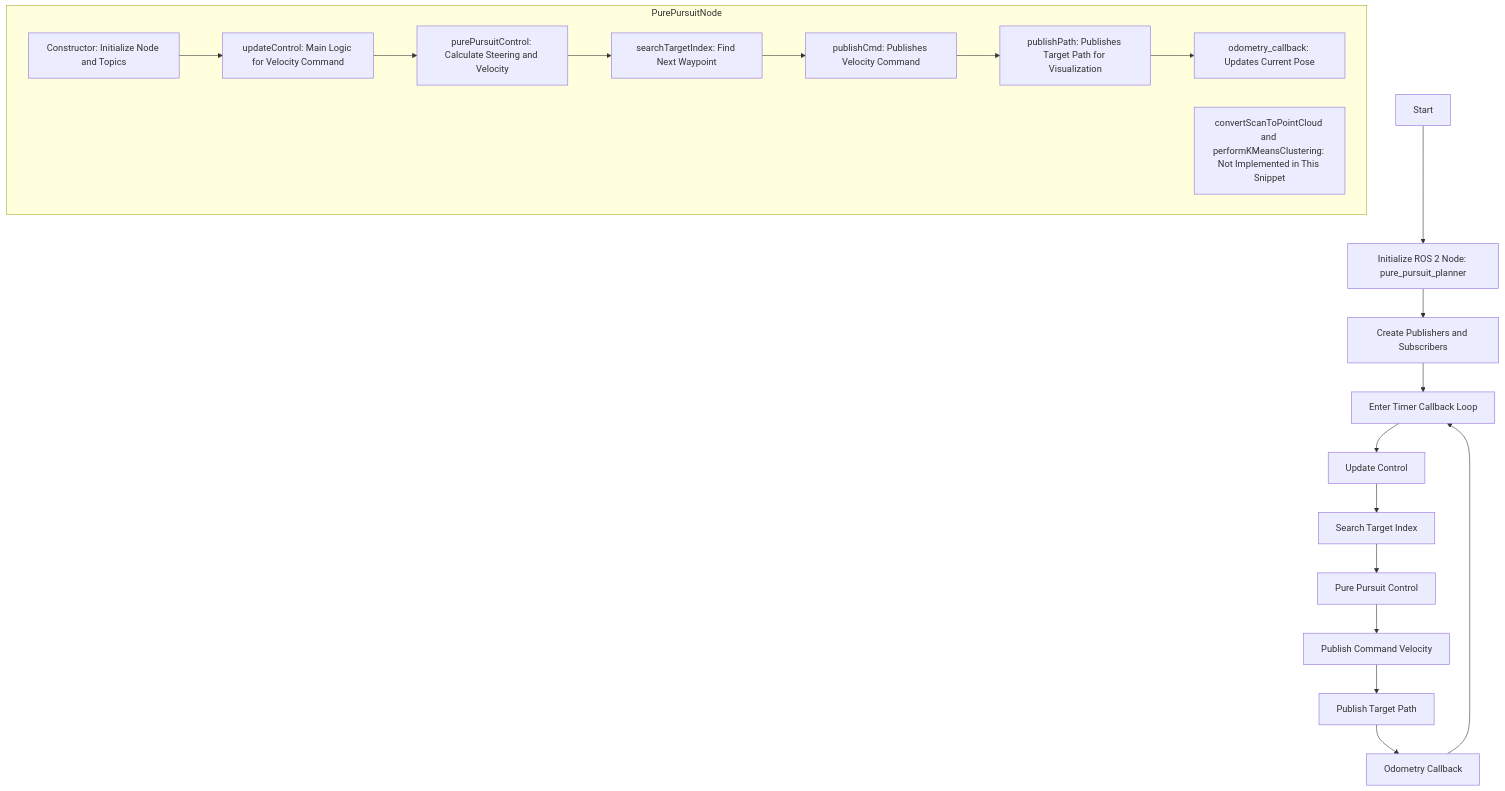
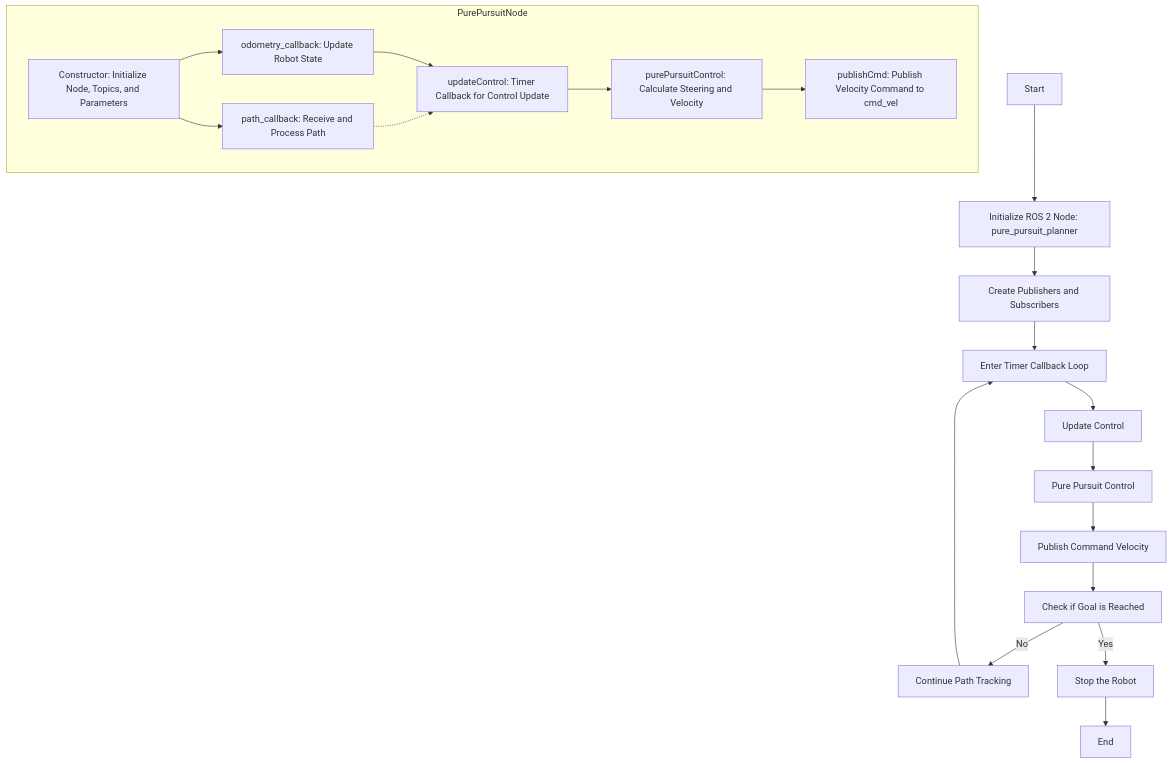
One commit to Arcanain/pure_pursuit_planner changed the diagram in README.md. Above: the diagram before and after it, drawn with Mermaid.

````diff
--- a/README.md
+++ b/README.md
@@ -59,31 +59,31 @@
 ```mermaid
 flowchart TD
     A[Start] --> B[Initialize ROS 2 Node: pure_pursuit_planner]
     B --> C[Create Publishers and Subscribers]
     C --> D[Enter Timer Callback Loop]
     D --> E[Update Control]
-    E --> F[Search Target Index]
-    F --> G[Pure Pursuit Control]
-    G --> H[Publish Command Velocity]
-    H --> I[Publish Target Path]
-    I --> J[Odometry Callback]
-    J --> D
+    E --> F[Pure Pursuit Control]
+    F --> G[Publish Command Velocity]
+    G --> H[Check if Goal is Reached]
+    H -->|No| I[Continue Path Tracking]
+    H -->|Yes| J[Stop the Robot]
+    I --> D
+    J --> K[End]
 
     subgraph PurePursuitNode
-        K[Constructor: Initialize Node and Topics]
-        L[updateControl: Main Logic for Velocity Command]
-        M[purePursuitControl: Calculate Steering and Velocity]
-        N[searchTargetIndex: Find Next Waypoint]
-        O[publishCmd: Publishes Velocity Command]
-        P[publishPath: Publishes Target Path for Visualization]
-        Q[odometry_callback: Updates Current Pose]
-        R[convertScanToPointCloud and performKMeansClustering: Not Implemented in This Snippet]
+        L[Constructor: Initialize Node, Topics, and Parameters]
+        M[odometry_callback: Update Robot State]
+        N[path_callback: Receive and Process Path]
+        O[updateControl: Timer Callback for Control Update]
+        P[purePursuitControl: Calculate Steering and Velocity]
+        Q[publishCmd: Publish Velocity Command to cmd_vel]
     end
 
-    K --> L
     L --> M
-    M --> N
-    N --> O
+    L --> N
+    M --> O
+    N -.-> O
     O --> P
     P --> Q
+
 ```
````
